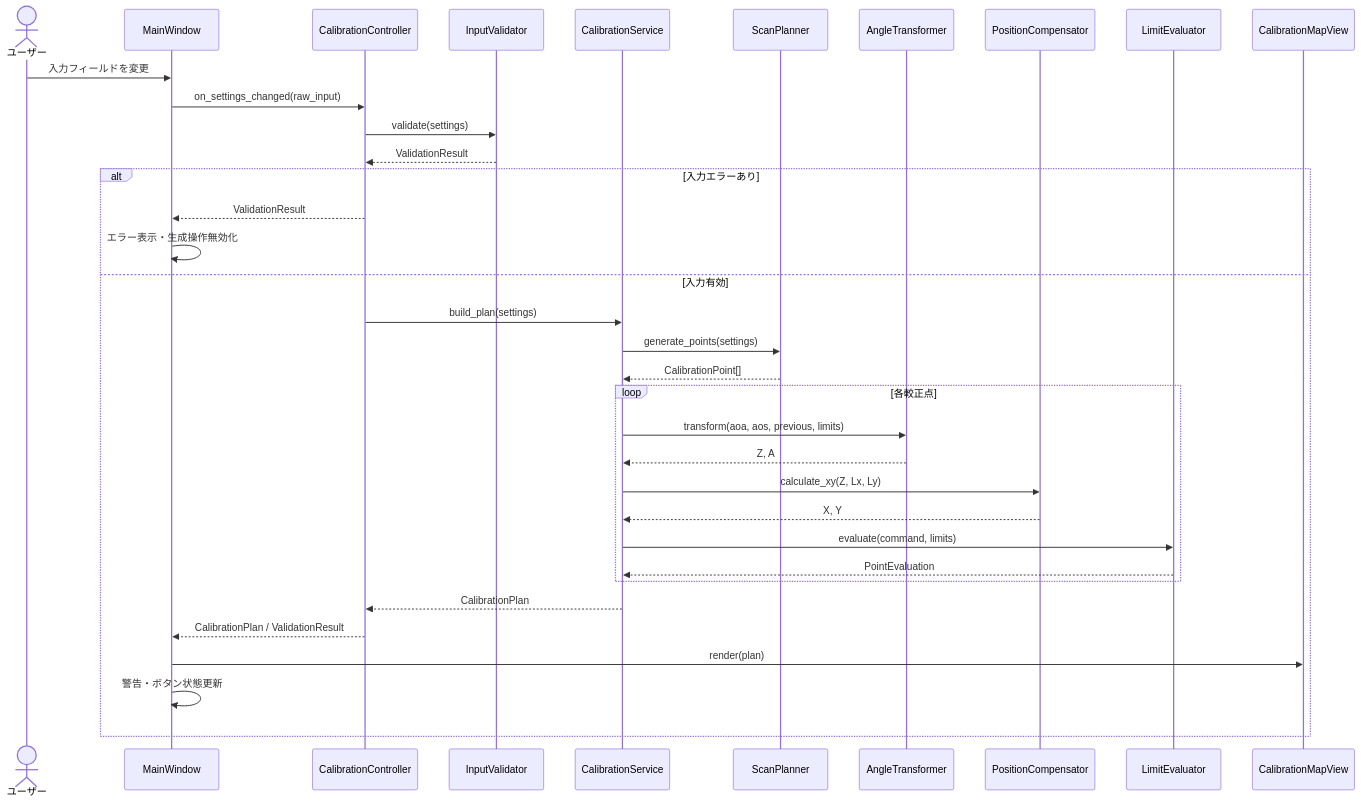
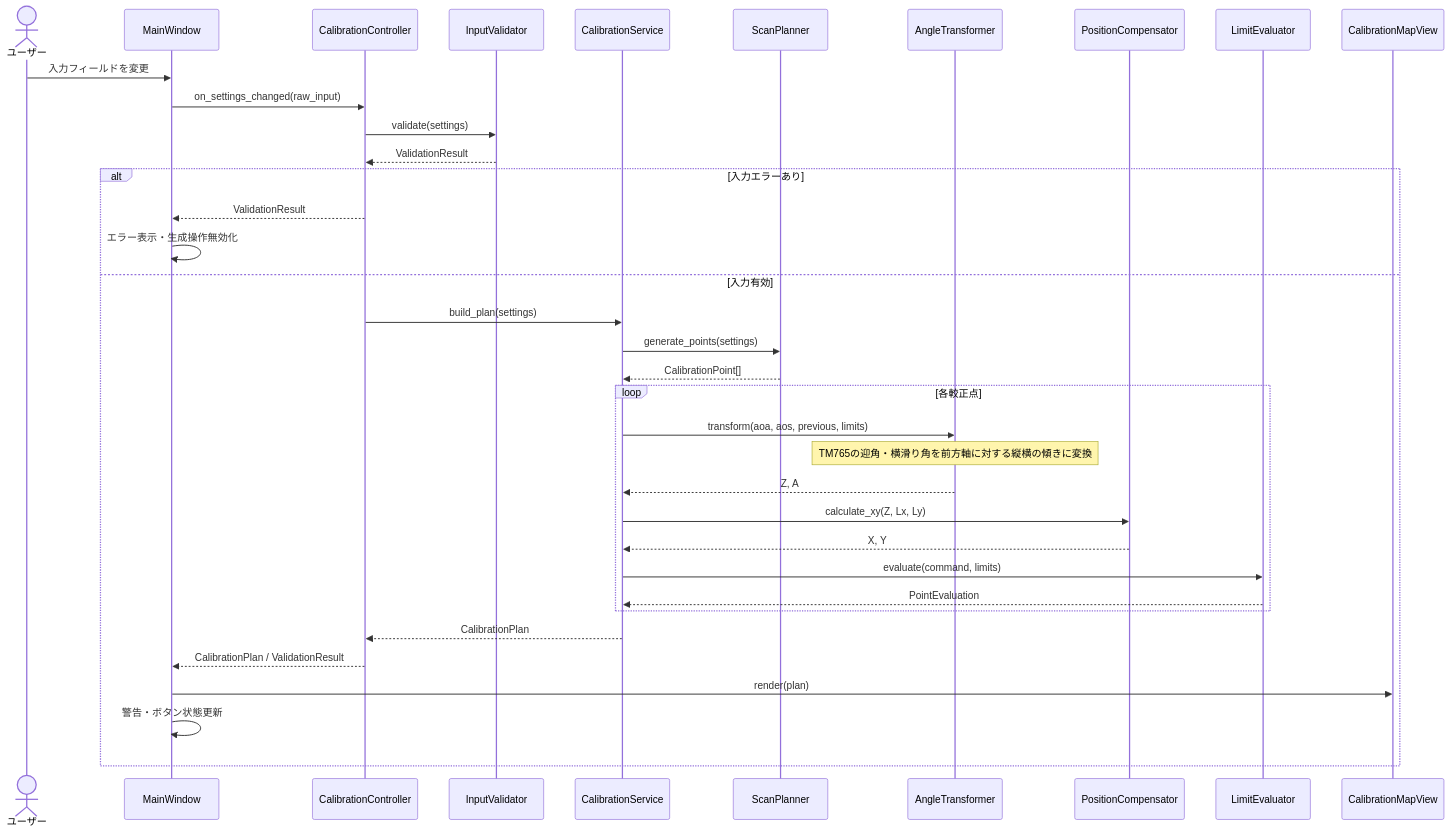
The second of 12 diagrams in docs/architecture_design.md (Pakfat50/FiveHolePitotTubeCalibration), drawn with Mermaid before and after one commit. The commit also changed 6 other files, not shown here.

````diff
--- a/docs/architecture_design.md
+++ b/docs/architecture_design.md
@@ -69,38 +69,39 @@
 ```mermaid
 sequenceDiagram
     actor User as ユーザー
     participant MainWindow
     participant Controller as CalibrationController
     participant Validator as InputValidator
     participant Service as CalibrationService
     participant Scan as ScanPlanner
     participant Transform as AngleTransformer
     participant Position as PositionCompensator
     participant Limit as LimitEvaluator
     participant Map as CalibrationMapView
 
     User->>MainWindow: 入力フィールドを変更
     MainWindow->>Controller: on_settings_changed(raw_input)
     Controller->>Validator: validate(settings)
     Validator-->>Controller: ValidationResult
     alt 入力エラーあり
         Controller-->>MainWindow: ValidationResult
         MainWindow->>MainWindow: エラー表示・生成操作無効化
     else 入力有効
         Controller->>Service: build_plan(settings)
         Service->>Scan: generate_points(settings)
         Scan-->>Service: CalibrationPoint[]
         loop 各較正点
             Service->>Transform: transform(aoa, aos, previous, limits)
+            Note over Transform: TM765の迎角・横滑り角を前方軸に対する縦横の傾きに変換
             Transform-->>Service: Z, A
             Service->>Position: calculate_xy(Z, Lx, Ly)
             Position-->>Service: X, Y
             Service->>Limit: evaluate(command, limits)
             Limit-->>Service: PointEvaluation
         end
         Service-->>Controller: CalibrationPlan
         Controller-->>MainWindow: CalibrationPlan / ValidationResult
         MainWindow->>Map: render(plan)
         MainWindow->>MainWindow: 警告・ボタン状態更新
     end
 ```
````
